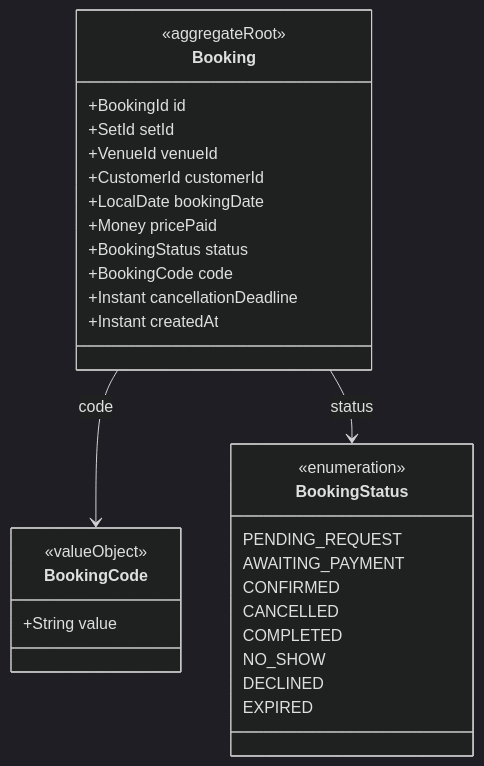
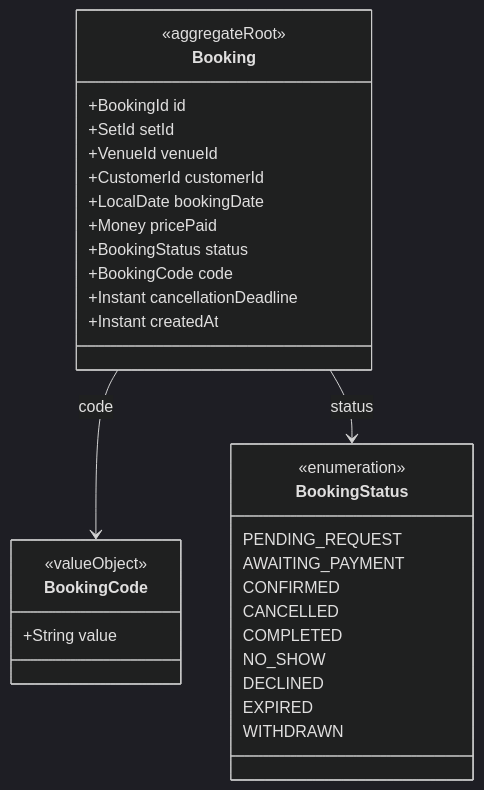
Before and after one commit to ivopogace/riviera-sunbed-booking: the fifth of 12 diagrams in docs/architecture/domain-model.md, drawn with Mermaid (dark theme). The commit also changed other lines of this file and 5 other files, not shown here.

````diff
--- a/docs/architecture/domain-model.md
+++ b/docs/architecture/domain-model.md
@@ -231,33 +231,34 @@
 ```mermaid
 classDiagram
     class Booking {
         <<aggregateRoot>>
         +BookingId id
         +SetId setId
         +VenueId venueId
         +CustomerId customerId
         +LocalDate bookingDate
         +Money pricePaid
         +BookingStatus status
         +BookingCode code
         +Instant cancellationDeadline
         +Instant createdAt
     }
     class BookingCode {
         <<valueObject>>
         +String value
     }
     class BookingStatus {
         <<enumeration>>
         PENDING_REQUEST
         AWAITING_PAYMENT
         CONFIRMED
         CANCELLED
         COMPLETED
         NO_SHOW
         DECLINED
         EXPIRED
+        WITHDRAWN
     }
     Booking --> BookingCode : code
     Booking --> BookingStatus : status
 ```
````
